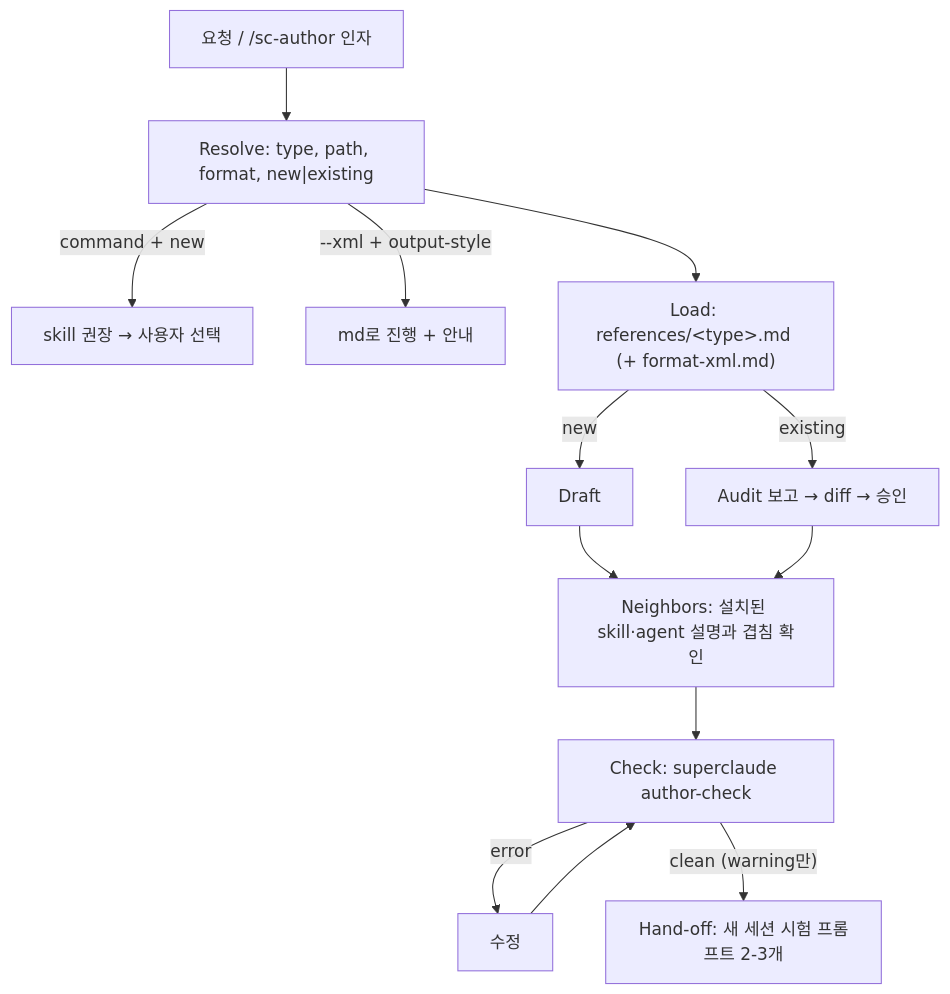
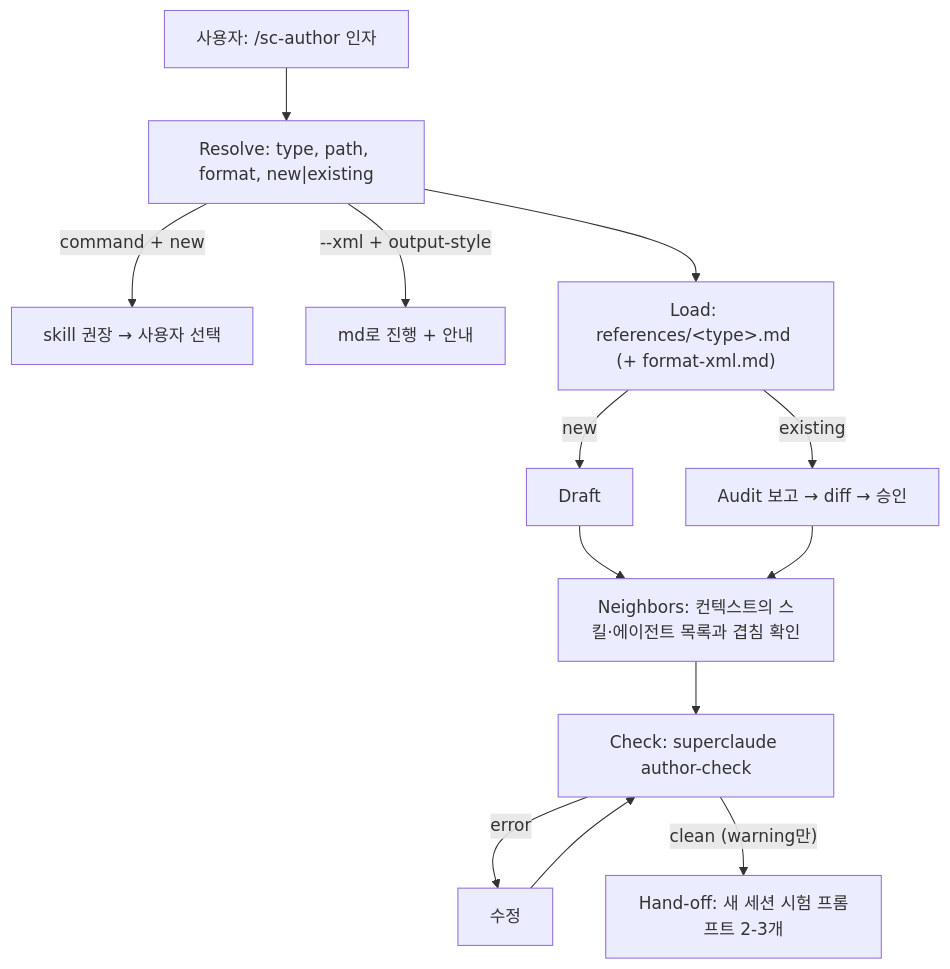
The second of 2 diagrams in docs/features/authoring-skill/04-design.md (ajitta/superclaude), drawn with Mermaid before and after one commit. The commit also changed other lines of this file and 1 other file, not shown here.

First line of the commit message:
docs(authoring-skill): apply review — explicit invocation, independent references

````diff
--- a/docs/features/authoring-skill/04-design.md
+++ b/docs/features/authoring-skill/04-design.md
@@ -72,14 +74,14 @@
 ```mermaid
 flowchart TD
-  A["요청 / /sc-author 인자"] --> R["Resolve: type, path, format, new|existing"]
+  A["사용자: /sc-author 인자"] --> R["Resolve: type, path, format, new|existing"]
   R -->|"command + new"| P["skill 권장 → 사용자 선택"]
   R -->|"--xml + output-style"| M["md로 진행 + 안내"]
   R --> L["Load: references/&lt;type&gt;.md (+ format-xml.md)"]
   L -->|new| D["Draft"]
   L -->|existing| AU["Audit 보고 → diff → 승인"]
-  D --> N["Neighbors: 설치된 skill·agent 설명과 겹침 확인"]
+  D --> N["Neighbors: 컨텍스트의 스킬·에이전트 목록과 겹침 확인"]
   AU --> N
   N --> C["Check: superclaude author-check"]
   C -->|"error"| FIX["수정"] --> C
   C -->|"clean (warning만)"| H["Hand-off: 새 세션 시험 프롬프트 2-3개"]
 ```
````
